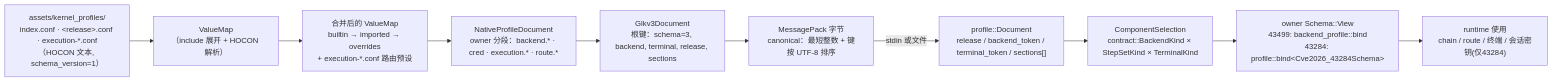
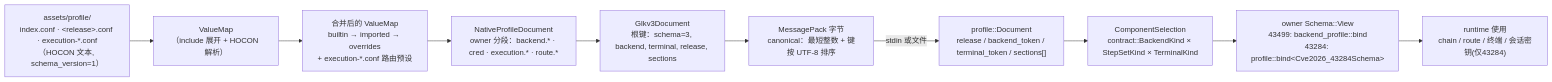
One commit to YuKongA/ghostlock-app changed the second of 4 diagrams in docs/analysis/profile-pipeline-flow.md. Above: the diagram before and after it, drawn with Mermaid. The commit also changed other lines of this file and 365 other files, not shown here.

````diff
--- a/docs/analysis/profile-pipeline-flow.md
+++ b/docs/analysis/profile-pipeline-flow.md
@@ -56,15 +56,15 @@
 ```mermaid
 flowchart LR
-    A["assets/kernel_profiles/<br/>index.conf · &lt;release&gt;.conf · execution-*.conf<br/>（HOCON 文本, schema_version=1）"]
+    A["assets/profile/<br/>index.conf · &lt;release&gt;.conf · execution-*.conf<br/>（HOCON 文本, schema_version=1）"]
     B["ValueMap<br/>（include 展开 + HOCON 解析）"]
     C["合并后的 ValueMap<br/>builtin → imported → overrides<br/>+ execution-*.conf 路由预设"]
     D["NativeProfileDocument<br/>owner 分段：backend.* · cred · execution.* · route.*"]
     E["Glkv3Document<br/>根键：schema=3, backend, terminal, release, sections"]
     F["MessagePack 字节<br/>canonical：最短整数 + 键按 UTF-8 排序"]
     G["profile::Document<br/>release / backend_token / terminal_token / sections[]"]
     H["ComponentSelection<br/>contract::BackendKind × StepSetKind × TerminalKind"]
     I["owner Schema::View<br/>43499: backend_profile::bind<br/>43284: profile::bind&lt;Cve2026_43284Schema&gt;"]
     J["runtime 使用<br/>chain / route / 终端 / 会话密钥(仅43284)"]
 
     A --> B --> C --> D --> E --> F -->|stdin 或文件| G --> H --> I --> J
 ```
````
